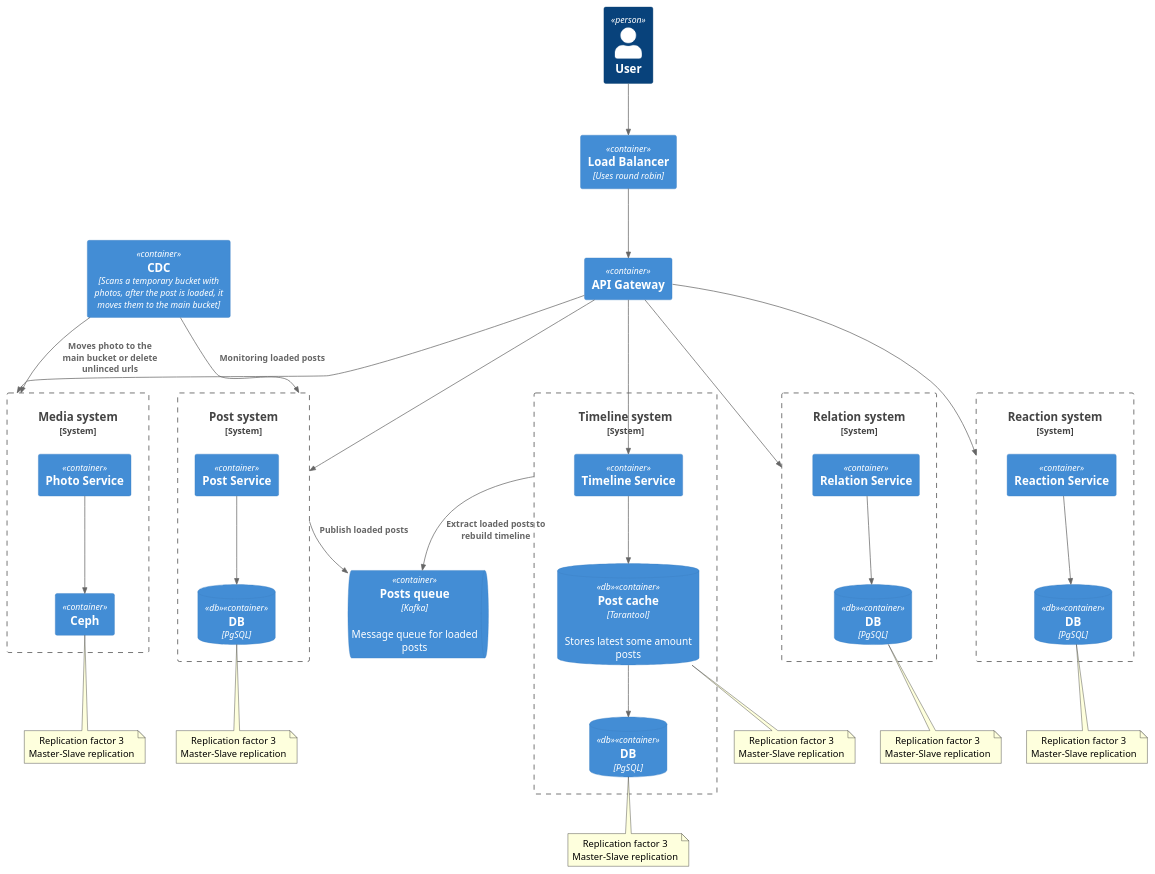
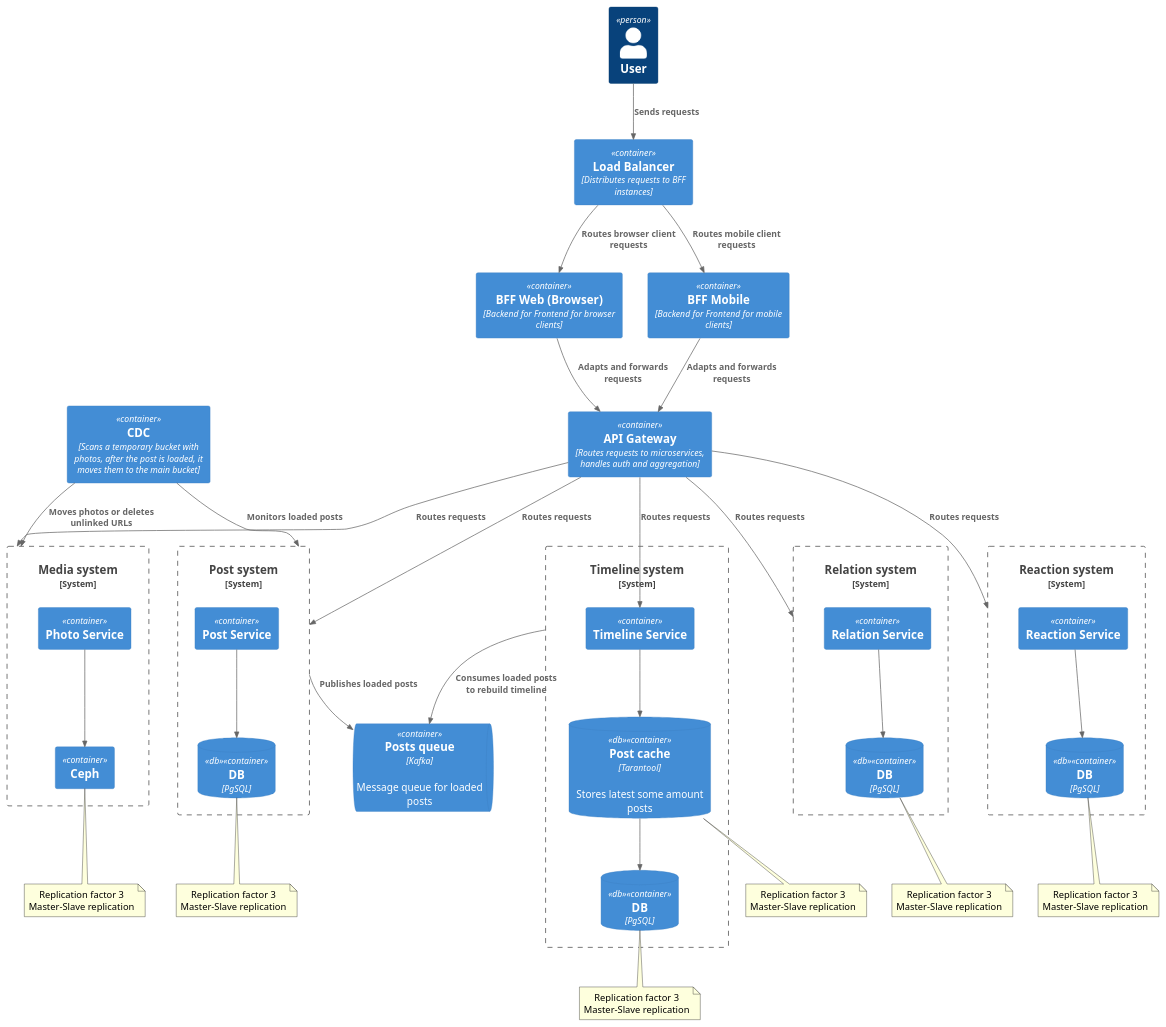
Before and after one commit to andduj/social_network_system_design: the diagram in architecture/C4model.puml, drawn with PlantUML.

```diff
--- a/architecture/C4model.puml
+++ b/architecture/C4model.puml
@@ -2,78 +1,89 @@
 @startuml
 !include https://raw.githubusercontent.com/plantuml-stdlib/C4-PlantUML/master/C4_Container.puml
 
 Person(user, "User")
-Container(loadBalancer, "Load Balancer", "Uses round robin")
-Container(apiGateway, "API Gateway", "")
+
+Container(loadBalancer, "Load Balancer", "Distributes requests to BFF instances")
+
+Container(bffWeb, "BFF Web (Browser)", "Backend for Frontend for browser clients")
+Container(bffMobile, "BFF Mobile", "Backend for Frontend for mobile clients")
+
+Container(apiGateway, "API Gateway", "Routes requests to microservices, handles auth and aggregation")
 
 System_Boundary(mediaSystem, "Media system") {
     Container(ceph, "Ceph", "")
     Container(photoService, "Photo Service", "")
     Rel(photoService, ceph, "")
 }
 note bottom of ceph
   Replication factor 3
   Master-Slave replication
 end note
 
 System_Boundary(postSystem, "Post system") {
     Container(postService, "Post Service", "")
     ContainerDb(postDB, "DB", "PgSQL", "",  $tags="db")
     Rel(postService, postDB, "")
 }
 note bottom of postDB
   Replication factor 3
   Master-Slave replication
 end note
 
 System_Boundary(relationSystem, "Relation system") {
     Container(relationService, "Relation Service", "")
     ContainerDb(relationDB, "DB", "PgSQL", "",  $tags="db")
     Rel(relationService, relationDB, "")
 }
 note bottom of relationDB
   Replication factor 3
   Master-Slave replication
 end note
 
 System_Boundary(reactionSystem, "Reaction system") {
     Container(reactionService, "Reaction Service", "")
     ContainerDb(reactionDB, "DB", "PgSQL", "",  $tags="db")
     Rel(reactionService, reactionDB, "")
 }
 note bottom of reactionDB
   Replication factor 3
   Master-Slave replication
 end note
 
 System_Boundary(timelineSystem, "Timeline system") {
     Container(timelineService, "Timeline Service", "")
     ContainerDb(timelineDB, "DB", "PgSQL", "",  $tags="db")
     ContainerDb(postCache, "Post cache", "Tarantool", "Stores latest some amount posts",  $tags="db")
     Rel(timelineService, postCache, "")
     Rel(postCache, timelineDB, "")
 }
 note bottom of postCache
   Replication factor 3
   Master-Slave replication
 end note
 note bottom of timelineDB
   Replication factor 3
   Master-Slave replication
 end note
 
 ContainerQueue(loadedPostsQueue, "Posts queue", "Kafka", "Message queue for loaded posts")
 Container(cdc, "CDC", "Scans a temporary bucket with photos, after the post is loaded, it moves them to the main bucket")
 
-Rel(user, loadBalancer, "")
-Rel(loadBalancer, apiGateway, "")
-Rel(apiGateway, mediaSystem, "")
-Rel(apiGateway, timelineService, "")
-Rel(apiGateway, relationSystem, "")
-Rel(apiGateway, postSystem, "")
-Rel(apiGateway, reactionSystem, "")
-Rel(cdc, postSystem, "Monitoring loaded posts")
-Rel(cdc, mediaSystem, "Moves photo to the main bucket or delete unlinced urls")
-Rel(postSystem, loadedPostsQueue, "Publish loaded posts")
-Rel(timelineSystem, loadedPostsQueue, "Extract loaded posts to rebuild timeline")
+Rel(user, loadBalancer, "Sends requests")
+Rel(loadBalancer, bffWeb, "Routes browser client requests")
+Rel(loadBalancer, bffMobile, "Routes mobile client requests")
+
+Rel(bffWeb, apiGateway, "Adapts and forwards requests")
+Rel(bffMobile, apiGateway, "Adapts and forwards requests")
+
+Rel(apiGateway, mediaSystem, "Routes requests")
+Rel(apiGateway, timelineService, "Routes requests")
+Rel(apiGateway, relationSystem, "Routes requests")
+Rel(apiGateway, postSystem, "Routes requests")
+Rel(apiGateway, reactionSystem, "Routes requests")
+
+Rel(cdc, postSystem, "Monitors loaded posts")
+Rel(cdc, mediaSystem, "Moves photos or deletes unlinked URLs")
+Rel(postSystem, loadedPostsQueue, "Publishes loaded posts")
+Rel(timelineSystem, loadedPostsQueue, "Consumes loaded posts to rebuild timeline")
 @enduml
```
